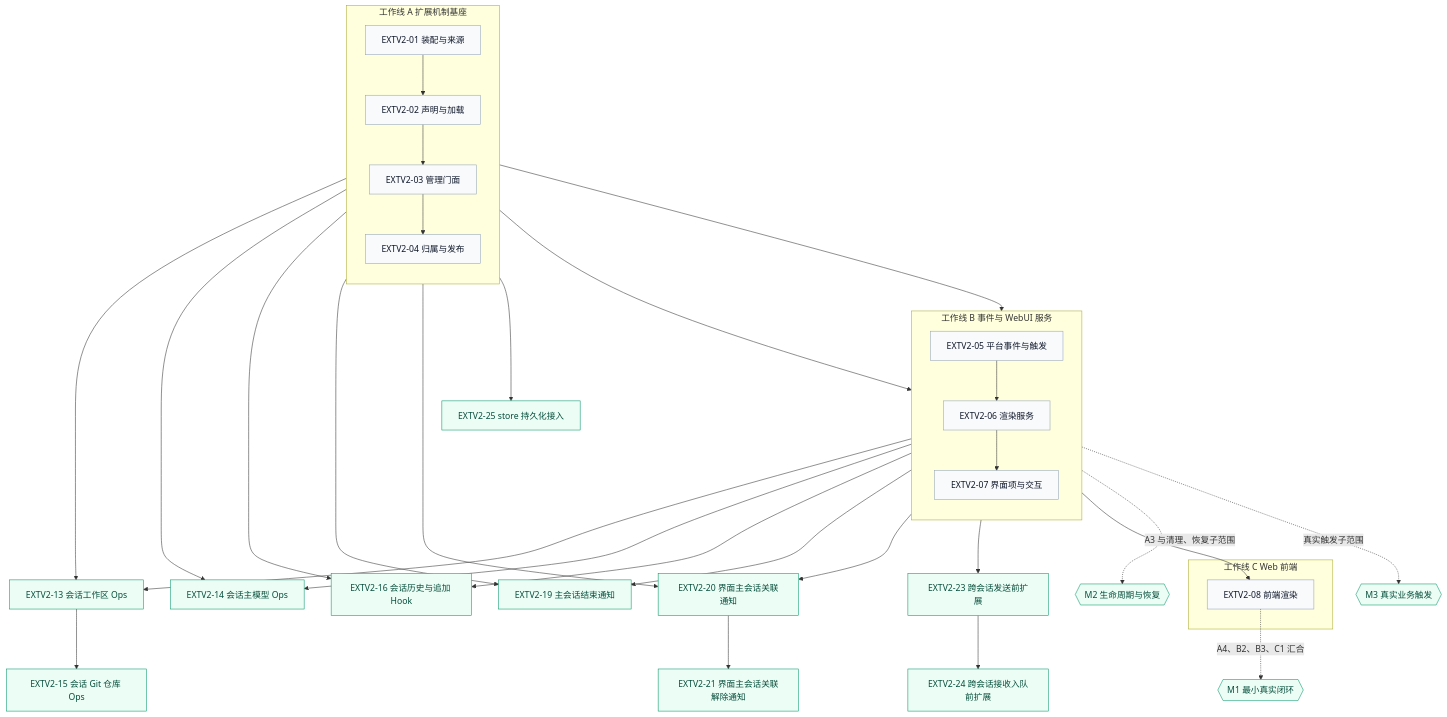
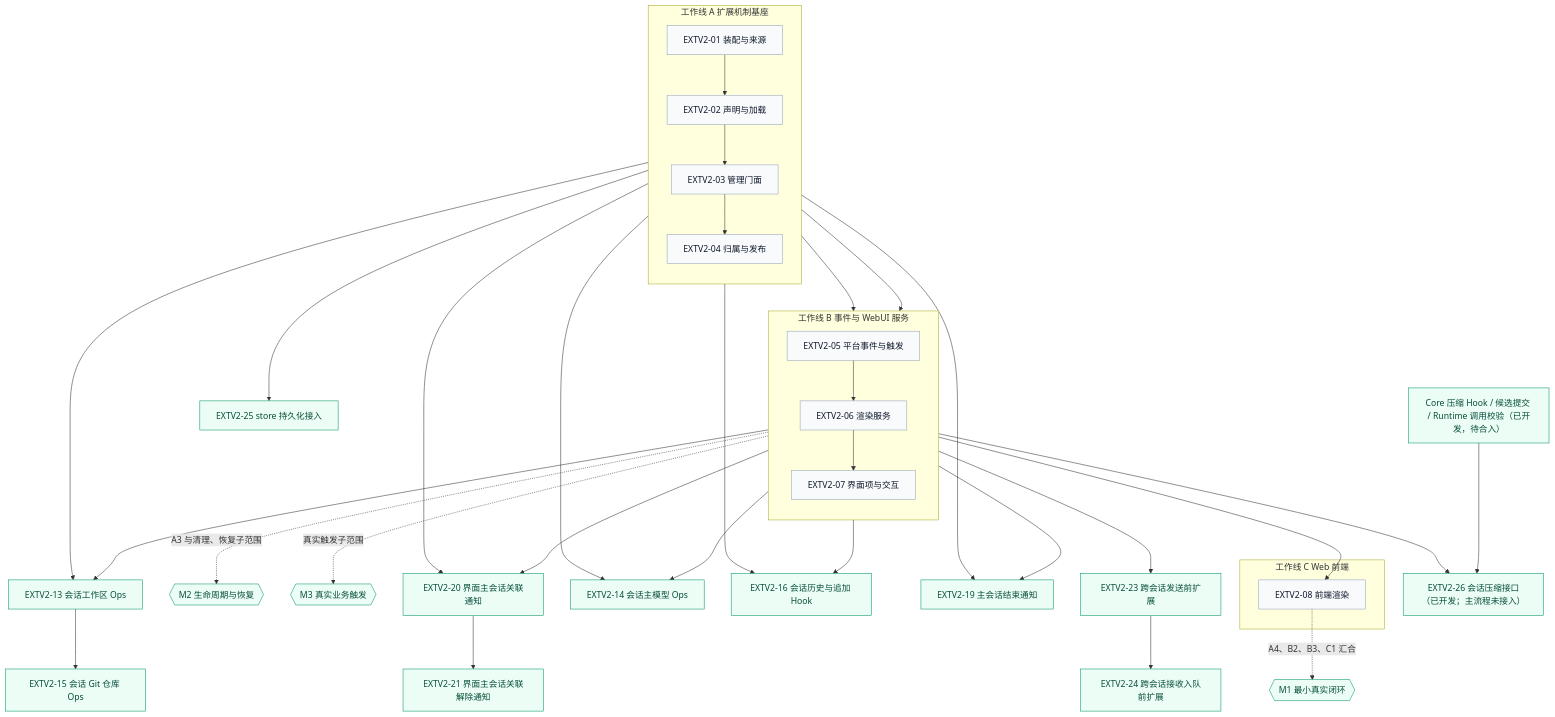
The first of 2 diagrams in jiuwenswarm/extensions_v2/docs/designs/extensions-v2-development-plan.md (openJiuwen-ai/jiuwenswarm), drawn with Mermaid before and after one commit. The commit also changed other lines of this file and 19 other files, not shown here.

````diff
--- a/jiuwenswarm/extensions_v2/docs/designs/extensions-v2-development-plan.md
+++ b/jiuwenswarm/extensions_v2/docs/designs/extensions-v2-development-plan.md
@@ -433,54 +442,56 @@
 ```mermaid
 flowchart TB
     subgraph WA["工作线 A 扩展机制基座"]
         direction TB
         A1["EXTV2-01 装配与来源"] --> A2["EXTV2-02 声明与加载"]
         A2 --> A3["EXTV2-03 管理门面"]
         A3 --> A4["EXTV2-04 归属与发布"]
     end
 
     subgraph WB["工作线 B 事件与 WebUI 服务"]
         direction TB
         B1["EXTV2-05 平台事件与触发"] --> B2["EXTV2-06 渲染服务"]
         B2 --> B3["EXTV2-07 界面项与交互"]
     end
 
     subgraph WC["工作线 C Web 前端"]
         C1["EXTV2-08 前端渲染"]
     end
 
     M1{{"M1 最小真实闭环"}}
     M2{{"M2 生命周期与恢复"}}
     M3{{"M3 真实业务触发"}}
 
     WA ~~~ WB
     WB ~~~ WC
 
     A1 --> B1
     A1 --> S13["EXTV2-13 会话工作区 Ops"]
     B1 --> S13
     A1 --> S14["EXTV2-14 会话主模型 Ops"]
     B1 --> S14
     S13 --> S15["EXTV2-15 会话 Git 仓库 Ops"]
     A1 --> S16["EXTV2-16 会话历史与追加 Hook"]
     B1 --> S16
     A3 --> S19["EXTV2-19 主会话结束通知"]
     B1 --> S19
     A3 --> S20["EXTV2-20 界面主会话关联通知"]
     B1 --> S20
     S20 --> S21["EXTV2-21 界面主会话关联解除通知"]
     B1 --> S23["EXTV2-23 跨会话发送前扩展"]
     S23 --> S24["EXTV2-24 跨会话接收入队前扩展"]
     A3 --> S25["EXTV2-25 store 持久化接入"]
+    CORE_COMPACT["Core 压缩 Hook / 候选提交 / Runtime 调用校验（已开发，待合入）"] --> S26["EXTV2-26 会话压缩接口（已开发；主流程未接入）"]
+    B1 --> S26
     A4 --> B3
     B3 --> C1
 
     C1 -.->|"A4、B2、B3、C1 汇合"| M1
     B3 -.->|"A3 与清理、恢复子范围"| M2
     B1 -.->|"真实触发子范围"| M3
 
     classDef item fill:#f8fafc,stroke:#94a3b8,color:#0f172a;
     classDef node fill:#ecfdf5,stroke:#059669,color:#064e3b;
     class A1,A2,A3,A4,B1,B2,B3,C1 item;
     class M1,M2,M3 node;
 ```
````
